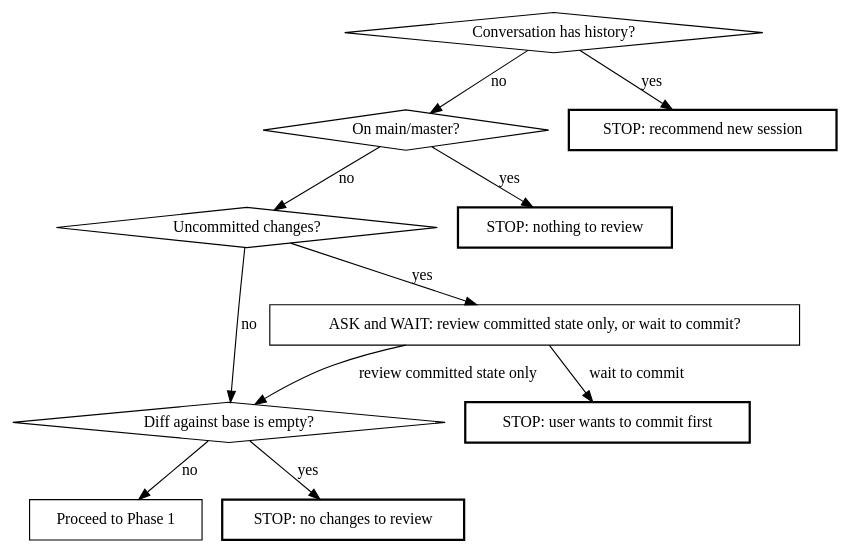
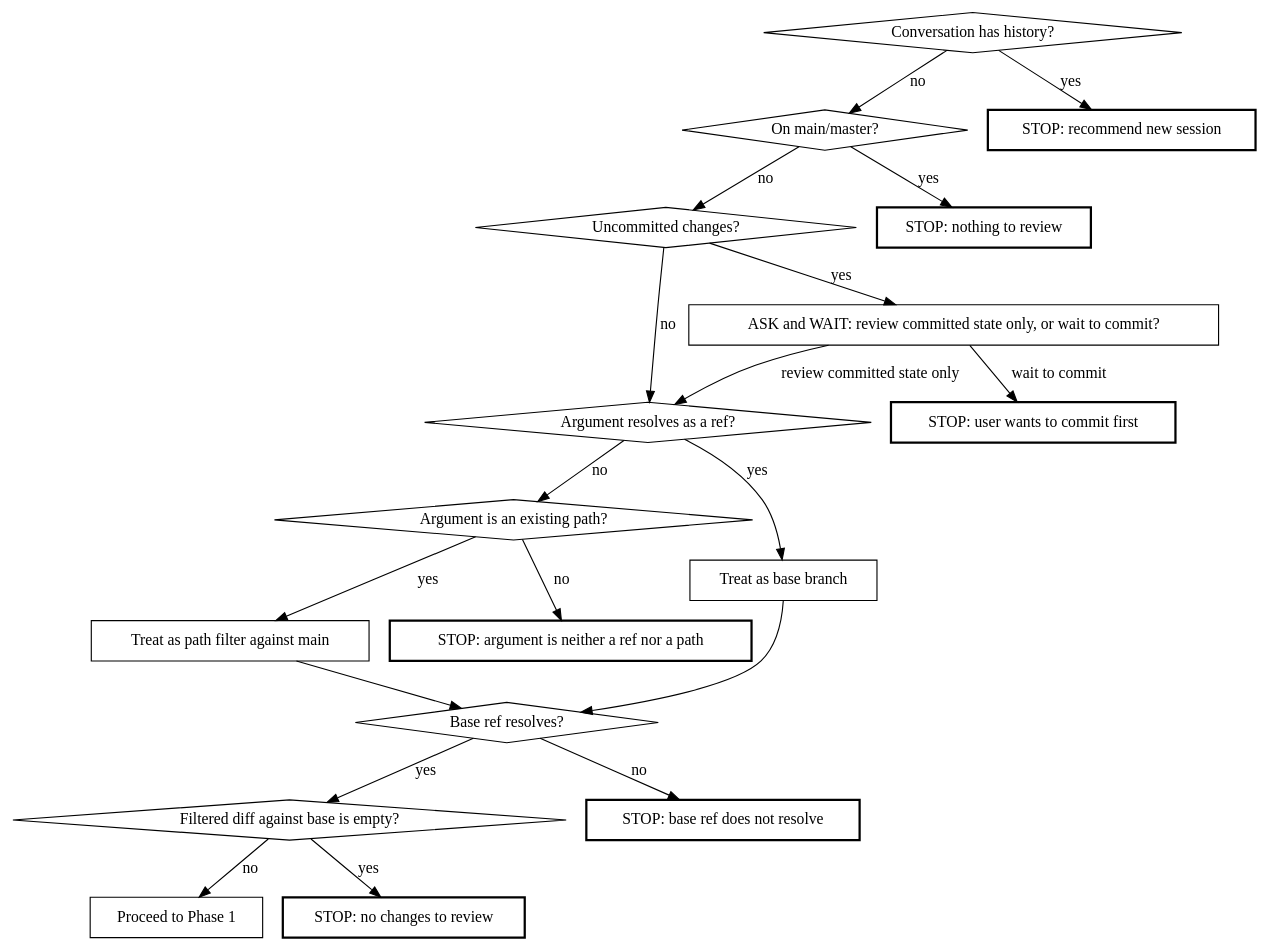
Before and after one commit to Ovid/paad: the second of 2 diagrams in kiro_and_antigravity/skills/.kiro/skills/agentic-review/SKILL.md, drawn with Graphviz. The commit also changed other lines of this file and 3 other files, not shown here.

First line of the commit message:
fix(agentic-review): decide arguments by what resolves, not by their shape

````diff
--- a/kiro_and_antigravity/skills/.kiro/skills/agentic-review/SKILL.md
+++ b/kiro_and_antigravity/skills/.kiro/skills/agentic-review/SKILL.md
@@ -48,25 +48,40 @@
 ```dot
 digraph preflight {
   "Conversation has history?" [shape=diamond];
   "On main/master?" [shape=diamond];
   "Uncommitted changes?" [shape=diamond];
-  "Diff against base is empty?" [shape=diamond];
+  "Argument resolves as a ref?" [shape=diamond];
+  "Argument is an existing path?" [shape=diamond];
+  "Base ref resolves?" [shape=diamond];
+  "Filtered diff against base is empty?" [shape=diamond];
+  "Treat as base branch" [shape=box];
+  "Treat as path filter against main" [shape=box];
   "Proceed to Phase 1" [shape=box];
   "STOP: recommend new session" [shape=box, style=bold];
   "STOP: nothing to review" [shape=box, style=bold];
   "STOP: no changes to review" [shape=box, style=bold];
+  "STOP: argument is neither a ref nor a path" [shape=box, style=bold];
+  "STOP: base ref does not resolve" [shape=box, style=bold];
   "STOP: user wants to commit first" [shape=box, style=bold];
   "ASK and WAIT: review committed state only, or wait to commit?" [shape=box];
 
   "Conversation has history?" -> "STOP: recommend new session" [label="yes"];
   "Conversation has history?" -> "On main/master?" [label="no"];
   "On main/master?" -> "STOP: nothing to review" [label="yes"];
   "On main/master?" -> "Uncommitted changes?" [label="no"];
   "Uncommitted changes?" -> "ASK and WAIT: review committed state only, or wait to commit?" [label="yes"];
-  "Uncommitted changes?" -> "Diff against base is empty?" [label="no"];
-  "ASK and WAIT: review committed state only, or wait to commit?" -> "Diff against base is empty?" [label="review committed state only"];
+  "Uncommitted changes?" -> "Argument resolves as a ref?" [label="no"];
+  "ASK and WAIT: review committed state only, or wait to commit?" -> "Argument resolves as a ref?" [label="review committed state only"];
   "ASK and WAIT: review committed state only, or wait to commit?" -> "STOP: user wants to commit first" [label="wait to commit"];
-  "Diff against base is empty?" -> "STOP: no changes to review" [label="yes"];
-  "Diff against base is empty?" -> "Proceed to Phase 1" [label="no"];
+  "Argument resolves as a ref?" -> "Treat as base branch" [label="yes"];
+  "Argument resolves as a ref?" -> "Argument is an existing path?" [label="no"];
+  "Argument is an existing path?" -> "Treat as path filter against main" [label="yes"];
+  "Argument is an existing path?" -> "STOP: argument is neither a ref nor a path" [label="no"];
+  "Treat as base branch" -> "Base ref resolves?";
+  "Treat as path filter against main" -> "Base ref resolves?";
+  "Base ref resolves?" -> "STOP: base ref does not resolve" [label="no"];
+  "Base ref resolves?" -> "Filtered diff against base is empty?" [label="yes"];
+  "Filtered diff against base is empty?" -> "STOP: no changes to review" [label="yes"];
+  "Filtered diff against base is empty?" -> "Proceed to Phase 1" [label="no"];
 }
 ```
````
